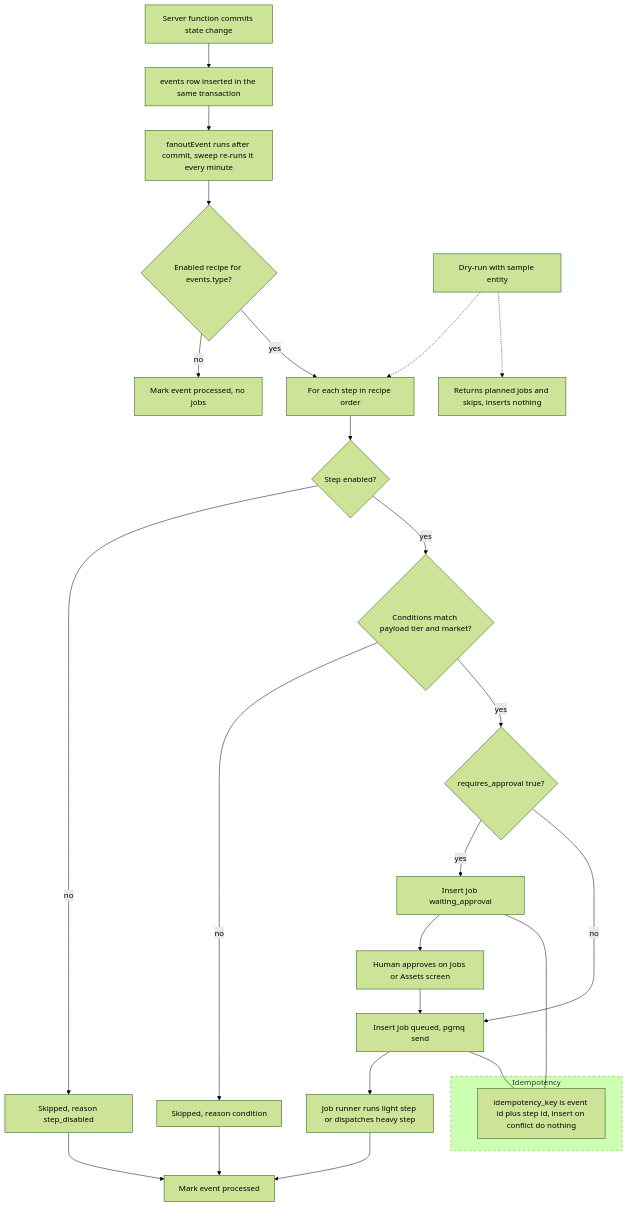
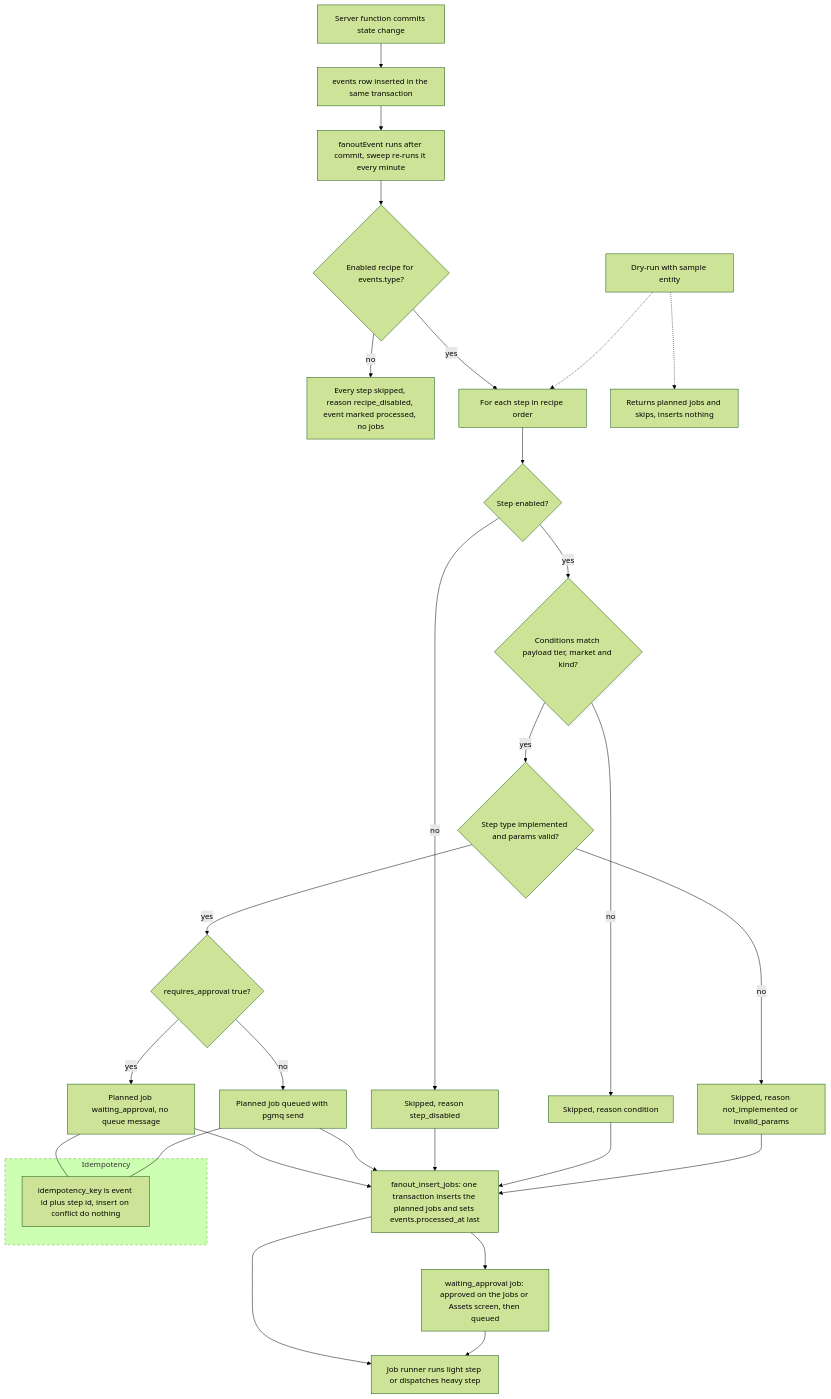
One commit to AbdulrahmanAmer/matter-of-place changed the third of 3 diagrams in workspace/03-diagrams/plans-b.md. Above: the diagram before and after it, drawn with Mermaid (forest theme). The commit also changed other lines of this file and 104 other files, not shown here.

First line of the commit message:
Traceability audit rounds 5 and 6; diagrams brought in line with the plans; rulings G58 to G65

````diff
--- a/workspace/03-diagrams/plans-b.md
+++ b/workspace/03-diagrams/plans-b.md
@@ -102,29 +103,33 @@
 ```mermaid
 flowchart TD
   A["Server function commits state change"] --> B["events row inserted in the same transaction"]
   B --> C["fanoutEvent runs after commit, sweep re-runs it every minute"]
   C --> D{"Enabled recipe for events.type?"}
-  D -- "no" --> Z1["Mark event processed, no jobs"]
+  D -- "no" --> Z1["Every step skipped, reason recipe_disabled, event marked processed, no jobs"]
   D -- "yes" --> E["For each step in recipe order"]
   E --> F{"Step enabled?"}
   F -- "no" --> S1["Skipped, reason step_disabled"]
-  F -- "yes" --> G{"Conditions match payload tier and market?"}
+  F -- "yes" --> G{"Conditions match payload tier, market and kind?"}
   G -- "no" --> S2["Skipped, reason condition"]
-  G -- "yes" --> H{"requires_approval true?"}
-  H -- "yes" --> J1["Insert job waiting_approval"]
-  H -- "no" --> J2["Insert job queued, pgmq send"]
-  J1 --> AP["Human approves on Jobs or Assets screen"]
-  AP --> J2
-  J2 --> K["Job runner runs light step or dispatches heavy step"]
-  S1 --> L["Mark event processed"]
+  G -- "yes" --> G2{"Step type implemented and params valid?"}
+  G2 -- "no" --> S3["Skipped, reason not_implemented or invalid_params"]
+  G2 -- "yes" --> H{"requires_approval true?"}
+  H -- "yes" --> J1["Planned job waiting_approval, no queue message"]
+  H -- "no" --> J2["Planned job queued with pgmq send"]
+  J1 --> L["fanout_insert_jobs: one transaction inserts the planned jobs and sets events.processed_at last"]
+  J2 --> L
+  S1 --> L
   S2 --> L
-  K --> L
+  S3 --> L
+  L --> K["Job runner runs light step or dispatches heavy step"]
+  L --> AP["waiting_approval job: approved on the Jobs or Assets screen, then queued"]
+  AP --> K
   DR["Dry-run with sample entity"] -.-> E
   DR -.-> R["Returns planned jobs and skips, inserts nothing"]
   subgraph GUARD["Idempotency"]
     I1["idempotency_key is event id plus step id, insert on conflict do nothing"]
   end
   J1 --- I1
   J2 --- I1
   style GUARD stroke-dasharray: 5 5
 ```
````
